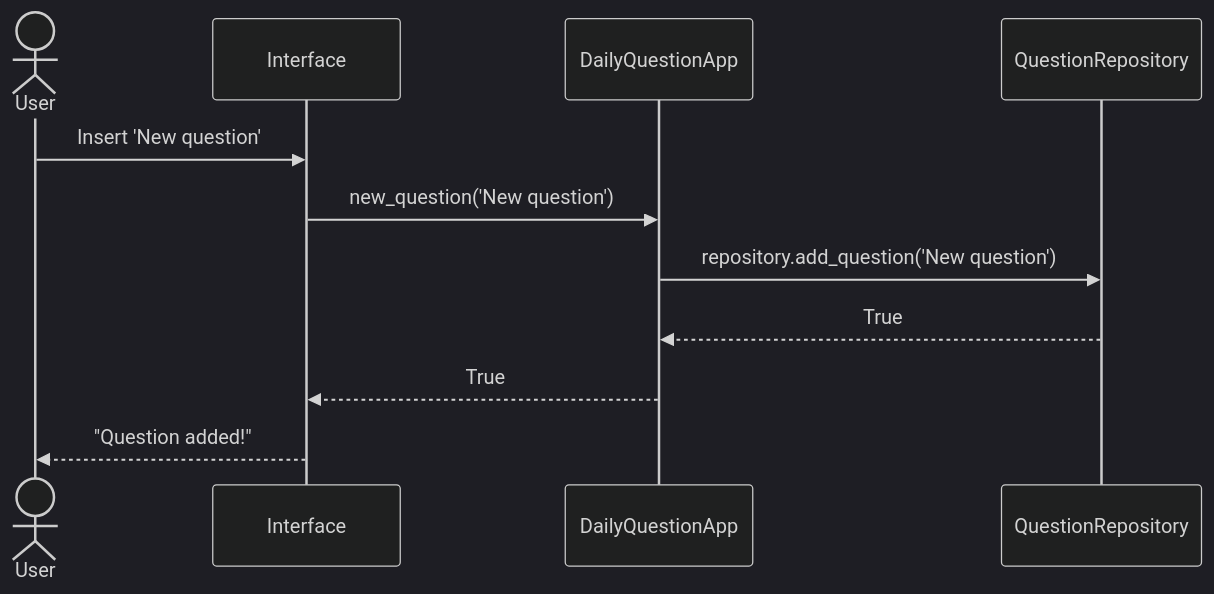
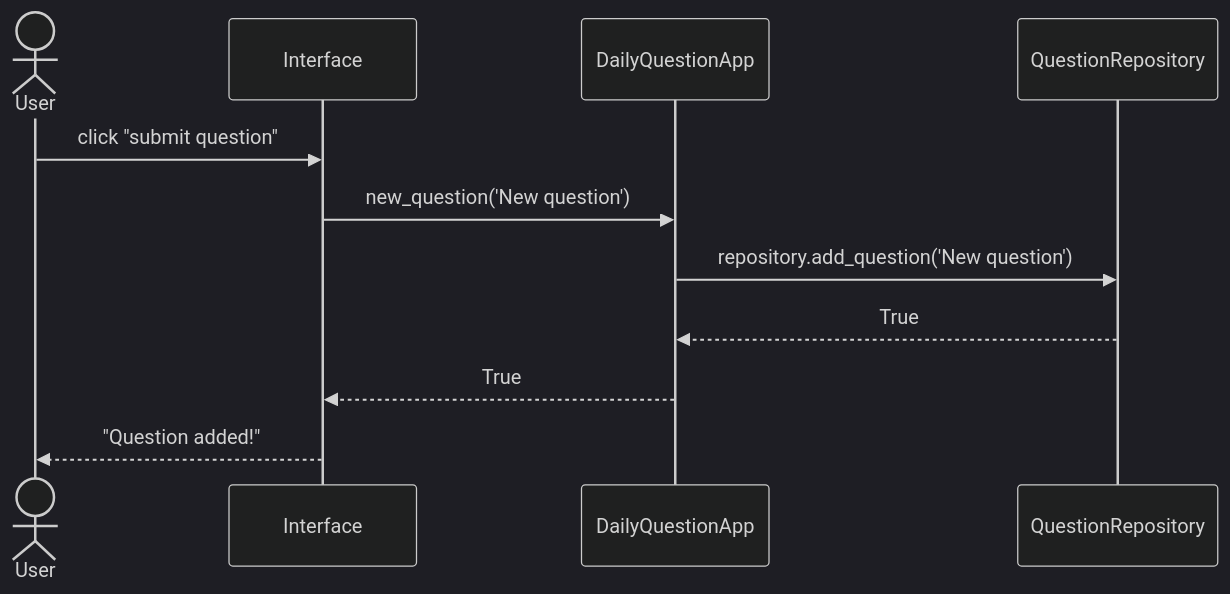
The second of 3 diagrams in dokumentaatio/arkkitehtuuri.md (codePercidae/ot-harjoitustyo), drawn with Mermaid (dark theme) before and after one commit. The commit also changed other lines of this file, not shown here.

````diff
--- a/dokumentaatio/arkkitehtuuri.md
+++ b/dokumentaatio/arkkitehtuuri.md
@@ -27,11 +40,11 @@
 ```mermaid
 sequenceDiagram
 	actor User
-	User->>Interface: Insert 'New question'
+	User->>Interface: click "submit question"
 	Interface->>DailyQuestionApp: new_question('New question')
 	DailyQuestionApp->>QuestionRepository: repository.add_question('New question')
 	QuestionRepository-->>DailyQuestionApp: True
 	DailyQuestionApp-->>Interface: True
 	Interface-->>User: "Question added!"
 
 ```
````
